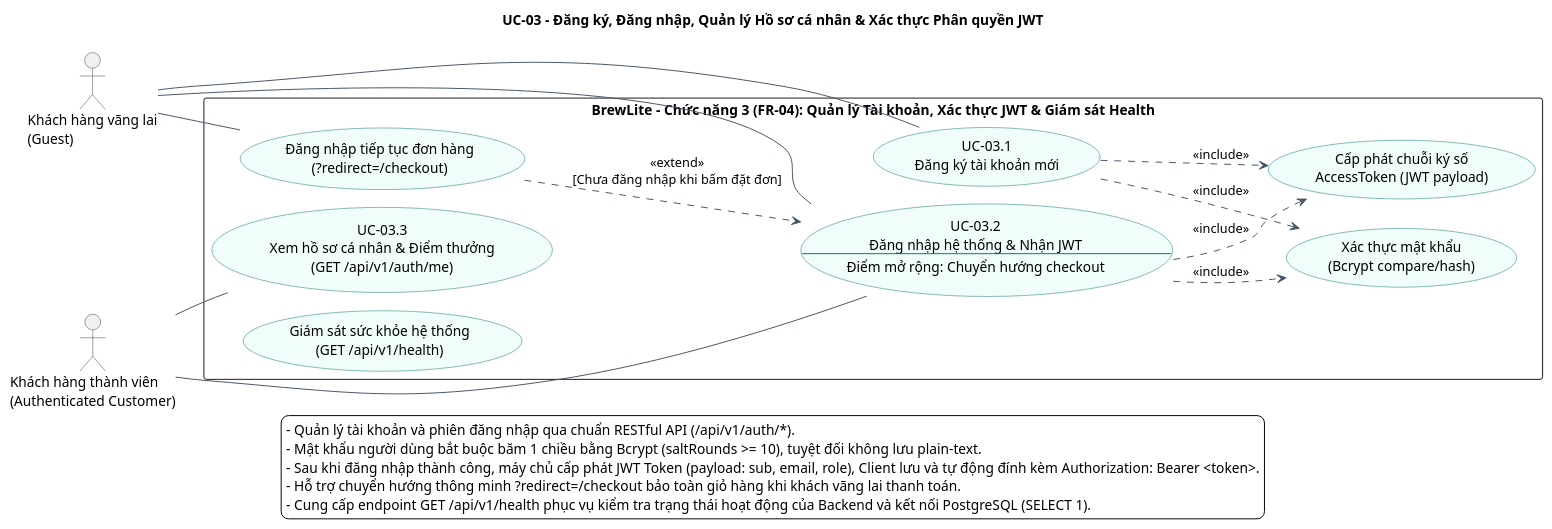
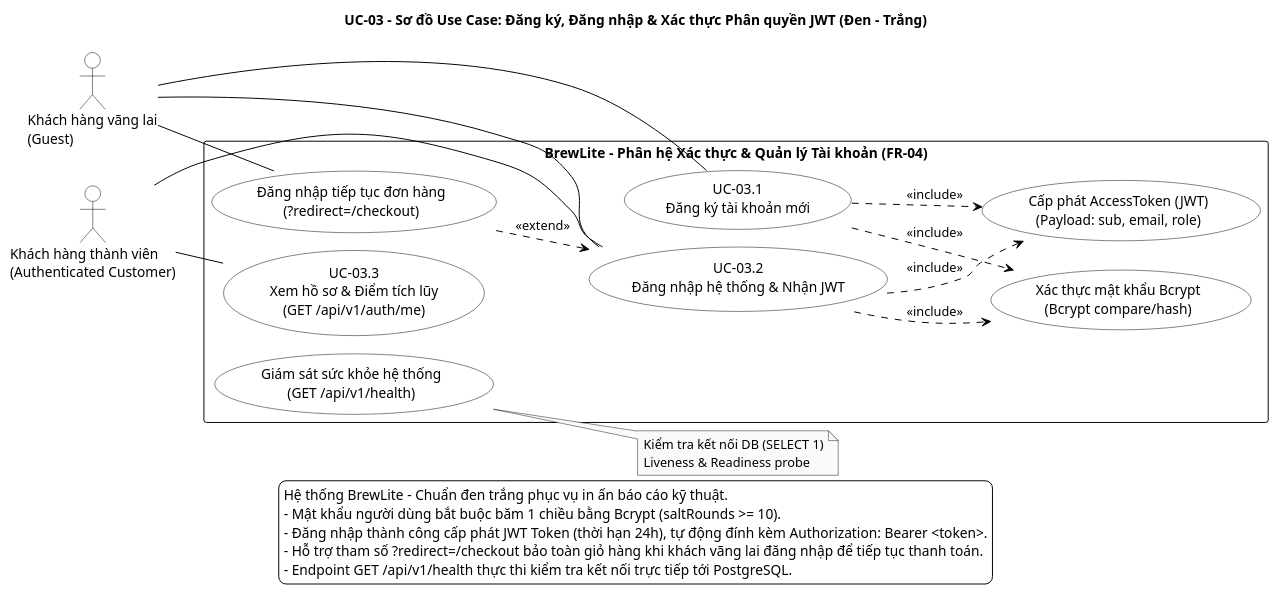
The diagram in docs/diagrams/uc-03-auth.puml (SamuiSang/brewlite2), drawn with PlantUML before and after one commit. The commit also changed 1 other file, not shown here.

Commit message:
docs(diagrams): convert uc-03-auth to monochrome black-and-white and eliminate overlapping arrows

```diff
--- a/docs/diagrams/uc-03-auth.puml
+++ b/docs/diagrams/uc-03-auth.puml
@@ -1,49 +1,63 @@
 @startuml uc-03-auth
 !pragma layout smetana
 left to right direction
-skinparam nodesep 60
-skinparam ranksep 80
+
+skinparam monochrome true
 skinparam backgroundColor white
 skinparam shadowing false
 skinparam defaultFontName SansSerif
 skinparam packageStyle rectangle
-skinparam ArrowColor #475569
-skinparam usecaseBackgroundColor #F0FDFA
-skinparam usecaseBorderColor #0F766E
-skinparam actorBorderColor #334155
-title UC-03 - Đăng ký, Đăng nhập, Quản lý Hồ sơ cá nhân & Xác thực Phân quyền JWT
+
+skinparam ArrowColor black
+skinparam actorBorderColor black
+skinparam actorBackgroundColor white
+skinparam usecaseBackgroundColor white
+skinparam usecaseBorderColor black
+skinparam rectangleBorderColor black
+skinparam rectangleBackgroundColor white
+
+skinparam nodesep 70
+skinparam ranksep 90
+
+title UC-03 - Sơ đồ Use Case: Đăng ký, Đăng nhập & Xác thực Phân quyền JWT (Đen - Trắng)
 
 actor "Khách hàng vãng lai\n(Guest)" as Guest
 actor "Khách hàng thành viên\n(Authenticated Customer)" as Customer
 
-rectangle "BrewLite - Chức năng 3 (FR-04): Quản lý Tài khoản, Xác thực JWT & Giám sát Health" {
+rectangle "BrewLite - Phân hệ Xác thực & Quản lý Tài khoản (FR-04)" {
     usecase "UC-03.1\nĐăng ký tài khoản mới" as UC_Register
-    usecase "UC-03.2\nĐăng nhập hệ thống & Nhận JWT\n--\nĐiểm mở rộng: Chuyển hướng checkout" as UC_Login
-    usecase "UC-03.3\nXem hồ sơ cá nhân & Điểm thưởng\n(GET /api/v1/auth/me)" as UC_Profile
-    usecase "Xác thực mật khẩu\n(Bcrypt compare/hash)" as UC_Bcrypt
-    usecase "Cấp phát chuỗi ký số\nAccessToken (JWT payload)" as UC_IssueJWT
     usecase "Đăng nhập tiếp tục đơn hàng\n(?redirect=/checkout)" as UC_RedirectLogin
+    usecase "UC-03.2\nĐăng nhập hệ thống & Nhận JWT" as UC_Login
+    usecase "UC-03.3\nXem hồ sơ & Điểm tích lũy\n(GET /api/v1/auth/me)" as UC_Profile
+    
+    usecase "Xác thực mật khẩu Bcrypt\n(Bcrypt compare/hash)" as UC_Bcrypt
+    usecase "Cấp phát AccessToken (JWT)\n(Payload: sub, email, role)" as UC_IssueJWT
     usecase "Giám sát sức khỏe hệ thống\n(GET /api/v1/health)" as UC_Health
 
     UC_Login ..> UC_Bcrypt : <<include>>
     UC_Login ..> UC_IssueJWT : <<include>>
     UC_Register ..> UC_Bcrypt : <<include>>
     UC_Register ..> UC_IssueJWT : <<include>>
-    UC_RedirectLogin ..> UC_Login : <<extend>>\n[Chưa đăng nhập khi bấm đặt đơn]
+    UC_RedirectLogin ..> UC_Login : <<extend>>
 }
 
 Guest -- UC_Register
+Guest -- UC_RedirectLogin
 Guest -- UC_Login
-Guest -- UC_RedirectLogin
 
+Customer -- UC_Login
 Customer -- UC_Profile
-Customer -- UC_Login
+
+note right of UC_Health
+  Kiểm tra kết nối DB (SELECT 1)
+  Liveness & Readiness probe
+end note
 
 legend bottom
-  - Quản lý tài khoản và phiên đăng nhập qua chuẩn RESTful API (/api/v1/auth/*).
-  - Mật khẩu người dùng bắt buộc băm 1 chiều bằng Bcrypt (saltRounds >= 10), tuyệt đối không lưu plain-text.
-  - Sau khi đăng nhập thành công, máy chủ cấp phát JWT Token (payload: sub, email, role), Client lưu và tự động đính kèm Authorization: Bearer <token>.
-  - Hỗ trợ chuyển hướng thông minh ?redirect=/checkout bảo toàn giỏ hàng khi khách vãng lai thanh toán.
-  - Cung cấp endpoint GET /api/v1/health phục vụ kiểm tra trạng thái hoạt động của Backend và kết nối PostgreSQL (SELECT 1).
+  Hệ thống BrewLite - Chuẩn đen trắng phục vụ in ấn báo cáo kỹ thuật.
+  - Mật khẩu người dùng bắt buộc băm 1 chiều bằng Bcrypt (saltRounds >= 10).
+  - Đăng nhập thành công cấp phát JWT Token (thời hạn 24h), tự động đính kèm Authorization: Bearer <token>.
+  - Hỗ trợ tham số ?redirect=/checkout bảo toàn giỏ hàng khi khách vãng lai đăng nhập để tiếp tục thanh toán.
+  - Endpoint GET /api/v1/health thực thi kiểm tra kết nối trực tiếp tới PostgreSQL.
 endlegend
 @enduml
```
